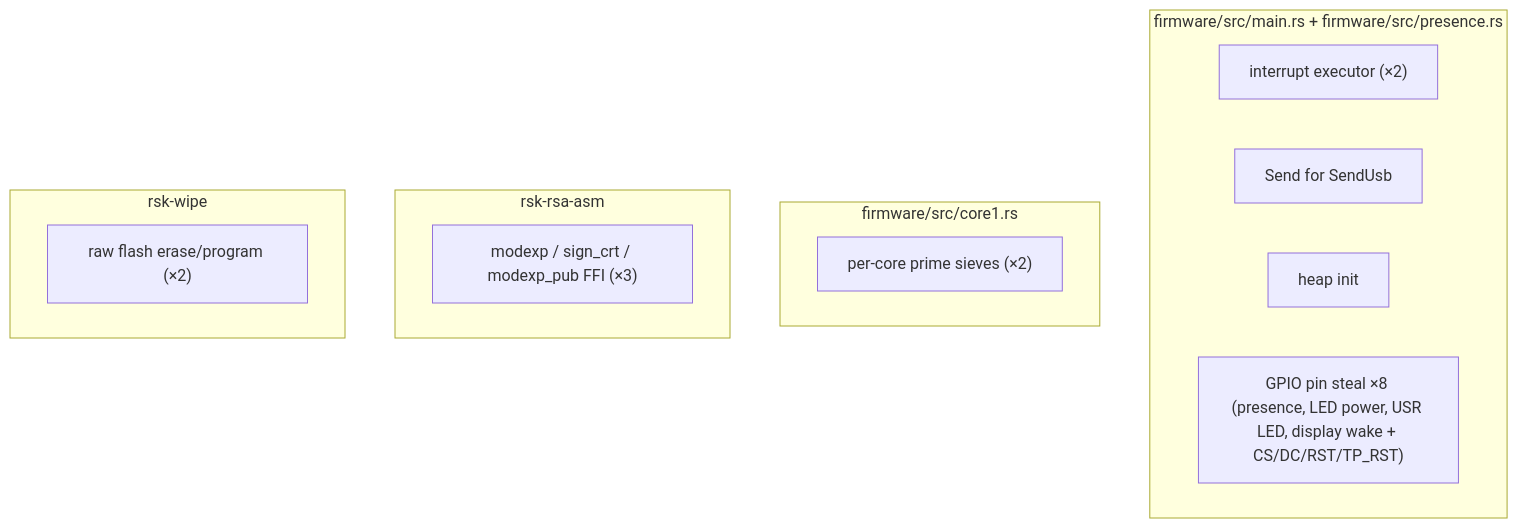
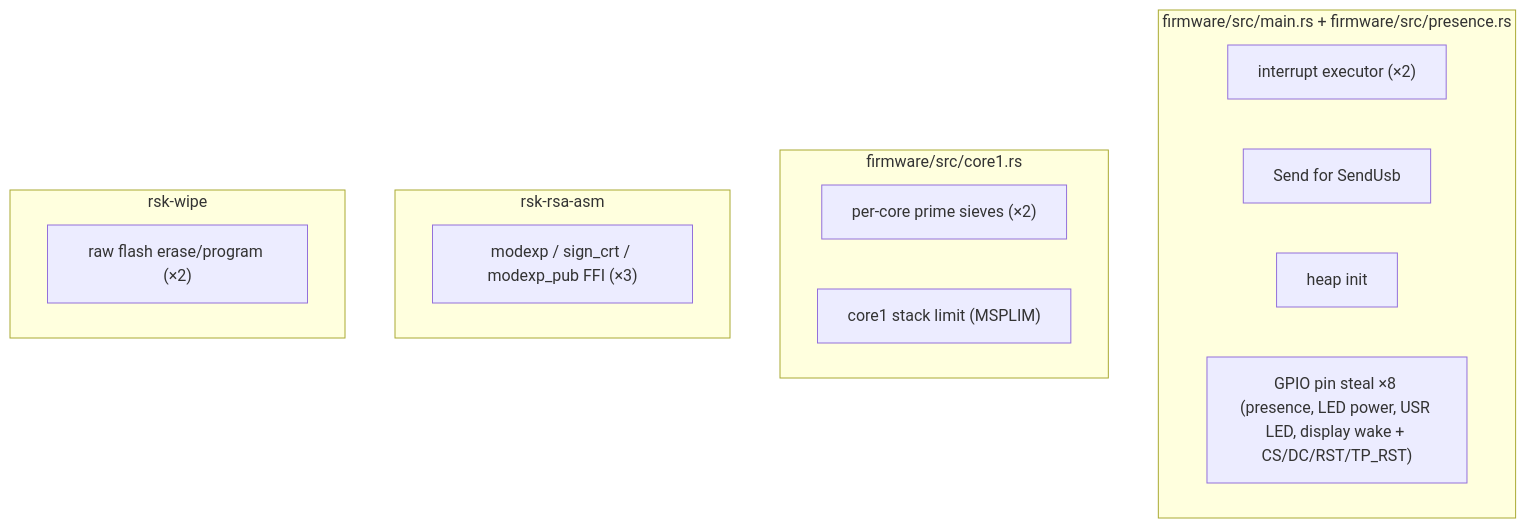
Before and after one commit to TheMaxMur/RS-Key: the diagram in docs/unsafe.md, drawn with Mermaid. The commit also changed other lines of this file and 5 other files, not shown here.

````diff
--- a/docs/unsafe.md
+++ b/docs/unsafe.md
@@ -17,18 +18,19 @@
 ```mermaid
 flowchart TB
     subgraph fw["firmware/src/main.rs + firmware/src/presence.rs"]
       a["interrupt executor (×2)"]
       b["Send for SendUsb"]
       c["heap init"]
       d["GPIO pin steal ×8 (presence, LED power, USR LED, display wake + CS/DC/RST/TP_RST)"]
     end
     subgraph kg["firmware/src/core1.rs"]
       e["per-core prime sieves (×2)"]
+      e2["core1 stack limit (MSPLIM)"]
     end
     subgraph asm["rsk-rsa-asm"]
       f["modexp / sign_crt / modexp_pub FFI (×3)"]
     end
     subgraph wipe["rsk-wipe"]
       g["raw flash erase/program (×2)"]
     end
 ```
````
